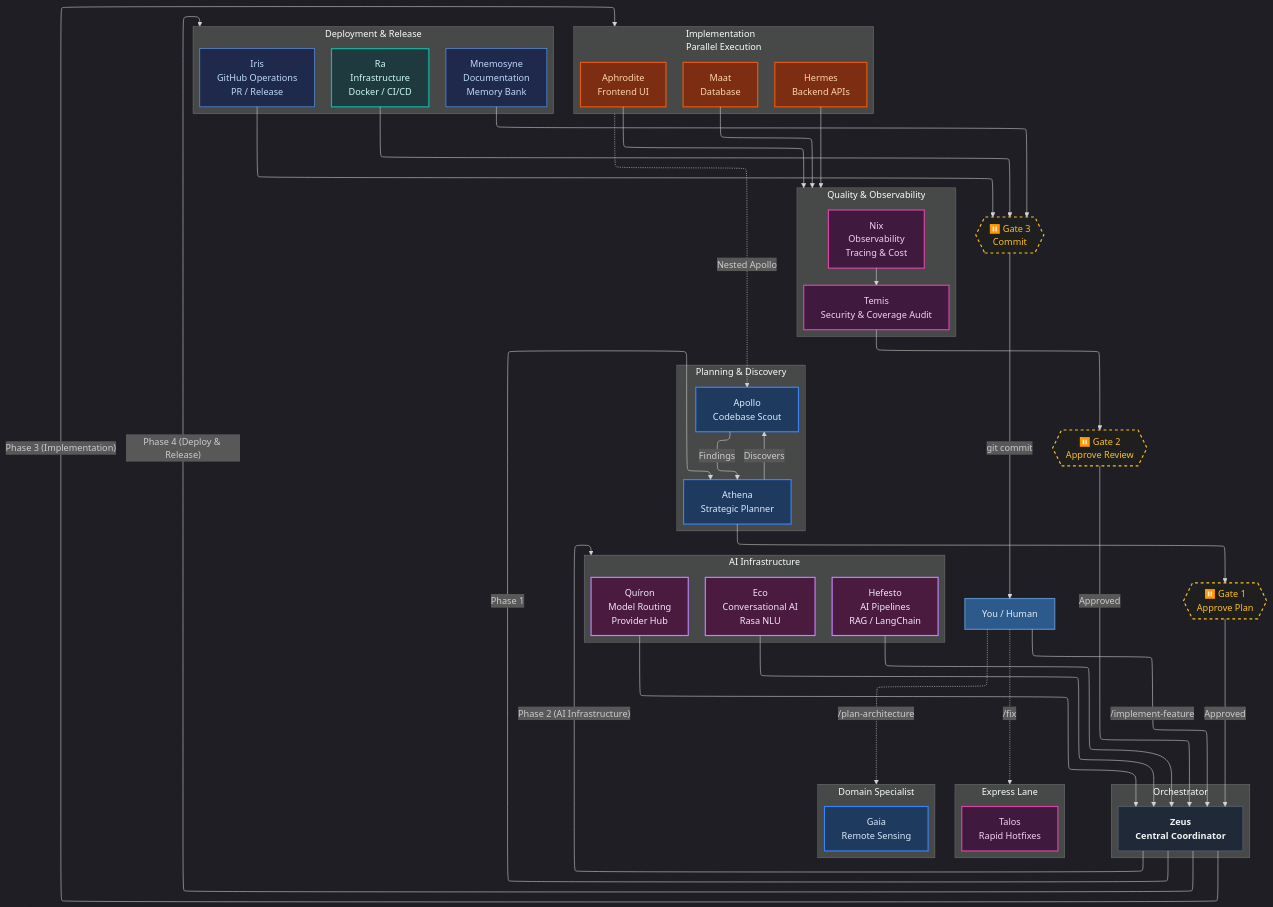
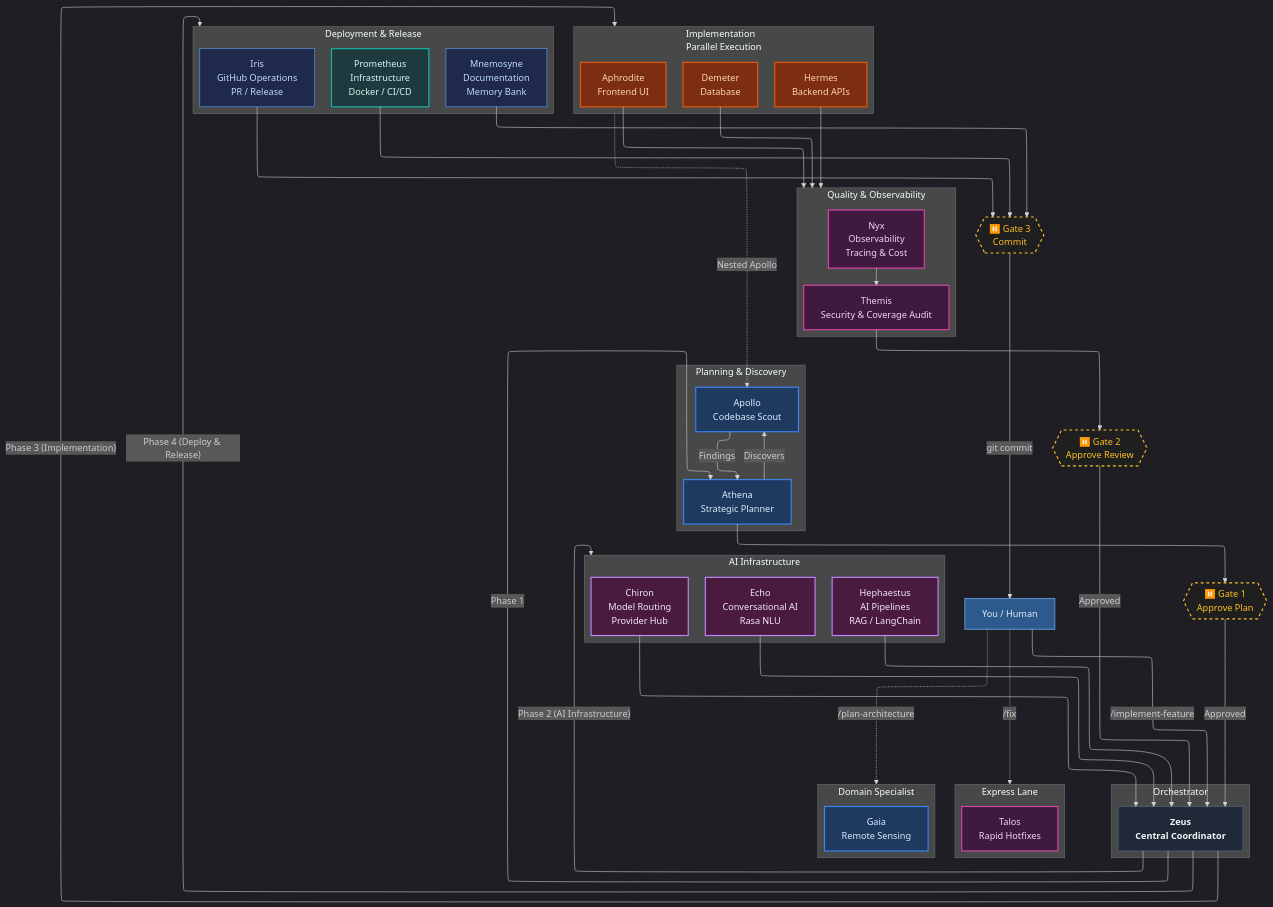
The first of 2 diagrams in README.md (ils15/pantheon), drawn with Mermaid before and after one commit. The commit also changed other lines of this file and 229 other files, not shown here.

First line of the commit message:
feat: padronizar agentes para nomes ingleses (Maat→Demeter, Ra→Prometheus, e mais 5)

```diff
--- a/README.md
+++ b/README.md
@@ -97,24 +97,24 @@
     end
 
     subgraph AI["AI Infrastructure"]
-        Hefesto["Hefesto<br/>AI Pipelines<br/>RAG / LangChain"]:::ai
-        Quiron["Quíron<br/>Model Routing<br/>Provider Hub"]:::ai
-        Eco["Eco<br/>Conversational AI<br/>Rasa NLU"]:::ai
+        Hephaestus["Hephaestus<br/>AI Pipelines<br/>RAG / LangChain"]:::ai
+        Chiron["Chiron<br/>Model Routing<br/>Provider Hub"]:::ai
+        Echo["Echo<br/>Conversational AI<br/>Rasa NLU"]:::ai
     end
 
     subgraph Impl["Implementation<br/>Parallel Execution"]
         Hermes["Hermes<br/>Backend APIs"]:::executor
         Aphrodite["Aphrodite<br/>Frontend UI"]:::executor
-        Maat["Maat<br/>Database"]:::executor
+        Demeter["Demeter<br/>Database"]:::executor
     end
 
     subgraph Quality["Quality & Observability"]
-        Temis["Temis<br/>Security & Coverage Audit"]:::qa
-        Nix["Nix<br/>Observability<br/>Tracing & Cost"]:::qa
+        Themis["Themis<br/>Security & Coverage Audit"]:::qa
+        Nyx["Nyx<br/>Observability<br/>Tracing & Cost"]:::qa
     end
 
     subgraph Deploy["Deployment & Release"]
-        Ra["Ra<br/>Infrastructure<br/>Docker / CI/CD"]:::infra
+        Prometheus["Prometheus<br/>Infrastructure<br/>Docker / CI/CD"]:::infra
         Iris["Iris<br/>GitHub Operations<br/>PR / Release"]:::ops
         Mnemosyne["Mnemosyne<br/>Documentation<br/>Memory Bank"]:::ops
     end
@@ -135,19 +135,19 @@
     Gate1 -->|Approved| Zeus
 
     Zeus -->|"Phase 2 (AI Infrastructure)"| AI
-    Hefesto & Quiron & Eco --> Zeus
+    Hephaestus & Chiron & Echo --> Zeus
 
     Zeus -->|"Phase 3 (Implementation)"| Impl
-    Hermes & Aphrodite & Maat --> Quality
+    Hermes & Aphrodite & Demeter --> Quality
 
     Impl -.->|Nested Apollo| Apollo
 
-    Nix --> Temis
-    Temis --> Gate2
+    Nyx --> Themis
+    Themis --> Gate2
     Gate2 -->|Approved| Zeus
 
     Zeus -->|"Phase 4 (Deploy & Release)"| Deploy
-    Ra & Iris & Mnemosyne --> Gate3
+    Prometheus & Iris & Mnemosyne --> Gate3
     Gate3 -->|"git commit"| User
 
     User -.->|"/fix"| Express
```
